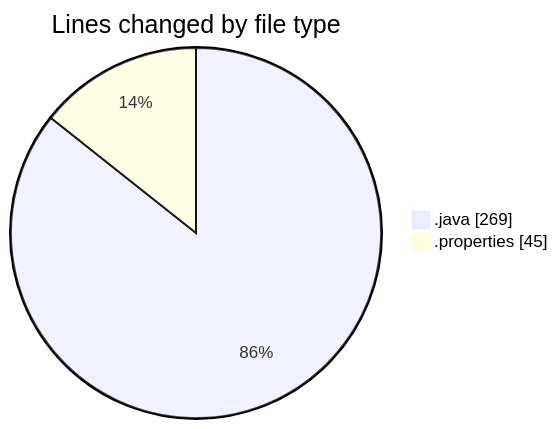
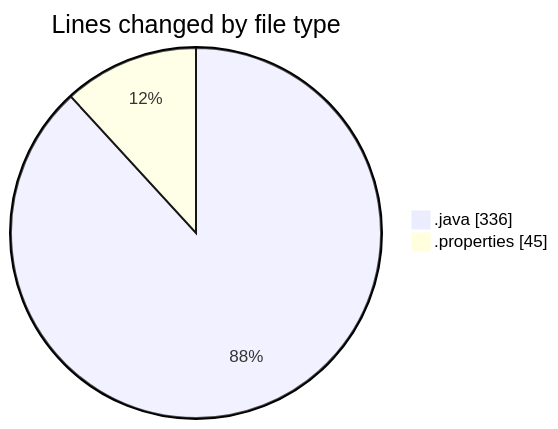
The first of 2 diagrams in 2026-03-03/cilapp/README.md (ricardozamudiocil/code-tracking), drawn with Mermaid before and after one commit. The commit also changed other lines of this file and 1 other file, not shown here.

````diff
--- a/2026-03-03/cilapp/README.md
+++ b/2026-03-03/cilapp/README.md
@@ -21,6 +21,6 @@
 ```mermaid
 pie showData
 title Lines changed by file type
-".java" : 269
+".java" : 336
 ".properties" : 45
 ```
````
